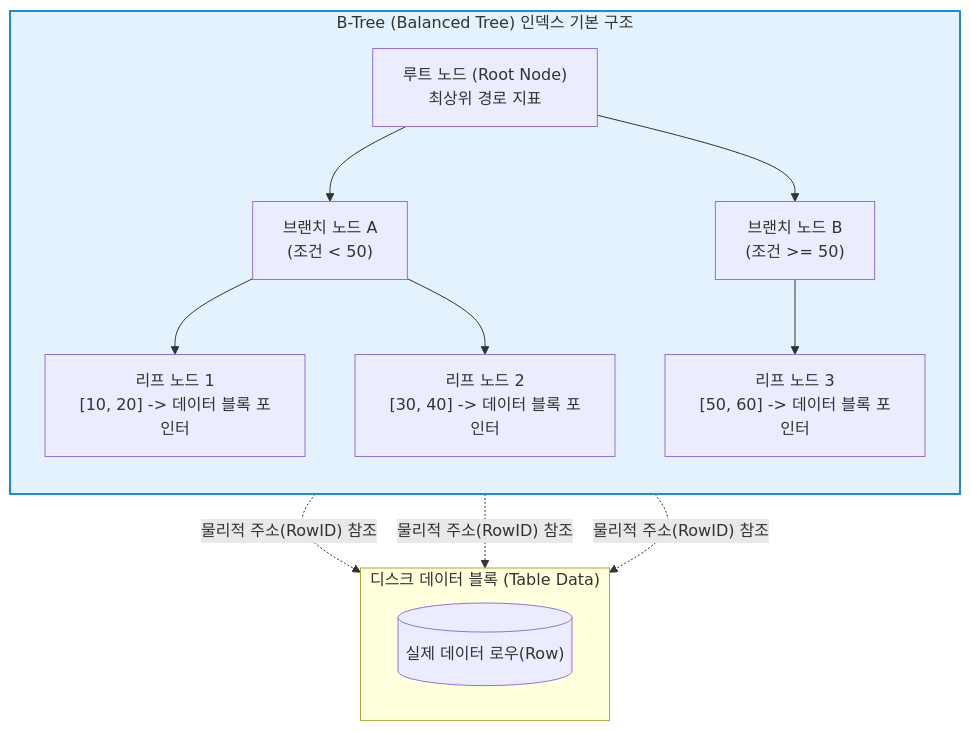
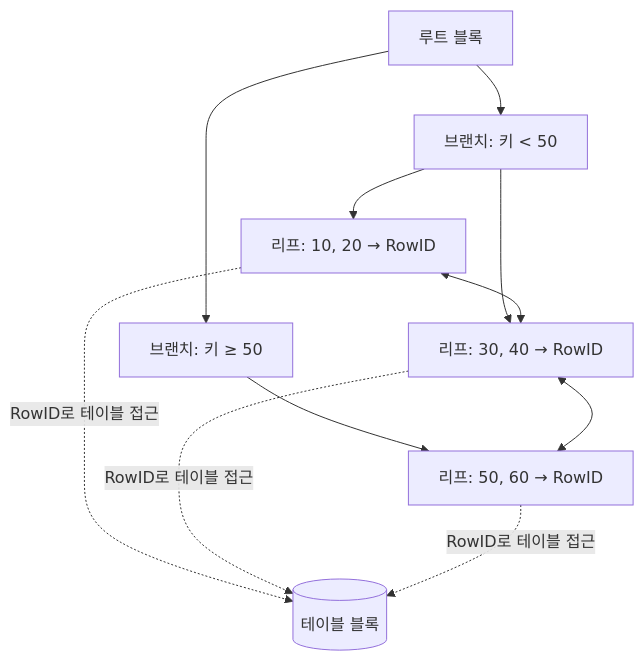
Before and after one commit to supremethumb/supremethumb.github.io: the diagram in content/01_IT Tech/RDBMS 인덱스(index).md, drawn with Mermaid. The commit also changed other lines of this file and 1087 other files, not shown here.

````diff
--- a/content/01_IT Tech/RDBMS 인덱스(index).md
+++ b/content/01_IT Tech/RDBMS 인덱스(index).md
@@ -27,30 +34,10 @@
 ```mermaid
-flowchart TD
-    subgraph B_Tree_Index ["B-Tree (Balanced Tree) 인덱스 기본 구조"]
-        direction TB
-        Root["루트 노드 (Root Node)<br/>최상위 경로 지표"]
-        
-        Branch1["브랜치 노드 A<br/>(조건 < 50)"]
-        Branch2["브랜치 노드 B<br/>(조건 >= 50)"]
-        
-        Leaf1["리프 노드 1<br/>[10, 20] -> 데이터 블록 포인터"]
-        Leaf2["리프 노드 2<br/>[30, 40] -> 데이터 블록 포인터"]
-        Leaf3["리프 노드 3<br/>[50, 60] -> 데이터 블록 포인터"]
-        
-        Root --> Branch1 & Branch2
-        Branch1 --> Leaf1 & Leaf2
-        Branch2 --> Leaf3
-    end
-
-    subgraph Data_Storage ["디스크 데이터 블록 (Table Data)"]
-        direction LR
-        Block1[("실제 데이터 로우(Row)")]
-    end
-
-    Leaf1 -. "물리적 주소(RowID) 참조" .-> Block1
-    Leaf2 -. "물리적 주소(RowID) 참조" .-> Block1
-    Leaf3 -. "물리적 주소(RowID) 참조" .-> Block1
-    
-    style B_Tree_Index fill:#e3f2fd,stroke:#1e88e5,stroke-width:2px
-
+flowchart TB
+    R["루트 블록"] --> B1["브랜치: 키 < 50"]
+    R --> B2["브랜치: 키 ≥ 50"]
+    B1 --> L1["리프: 10, 20 → RowID"]
+    B1 --> L2["리프: 30, 40 → RowID"]
+    B2 --> L3["리프: 50, 60 → RowID"]
+    L1 <--> L2 <--> L3
+    L1 & L2 & L3 -. "RowID로 테이블 접근" .-> T[("테이블 블록")]
 ```
````
